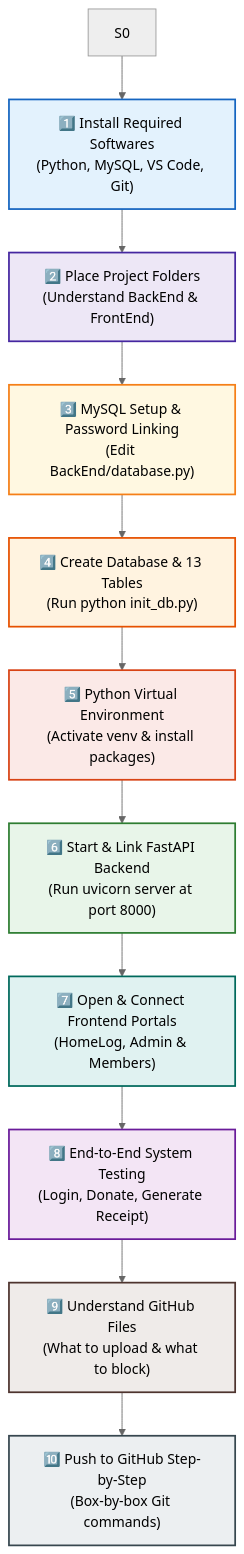
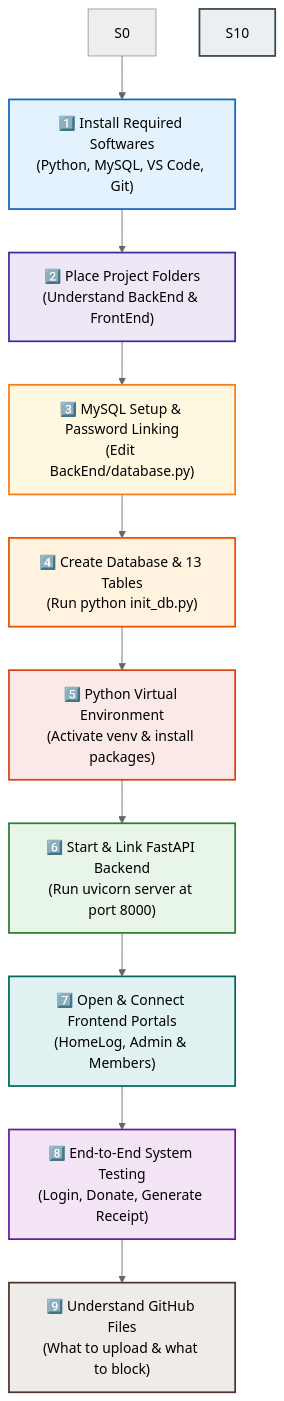
One commit to saikumar0118/BPK_Community_Fund changed the first of 2 diagrams in BEGINNER_GUIDE.md. Above: the diagram before and after it, drawn with Mermaid (neutral theme). The commit also changed other lines of this file, not shown here.

````diff
--- a/BEGINNER_GUIDE.md
+++ b/BEGINNER_GUIDE.md
@@ -11,24 +11,24 @@
 ```mermaid
 flowchart TD
     S0 --> S1["1️⃣ Install Required Softwares\n(Python, MySQL, VS Code, Git)"] 
     S1 --> S2["2️⃣ Place Project Folders\n(Understand BackEnd & FrontEnd)"]
     S2 --> S3["3️⃣ MySQL Setup & Password Linking\n(Edit BackEnd/database.py)"]
     S3 --> S4["4️⃣ Create Database & 13 Tables\n(Run python init_db.py)"]
     S4 --> S5["5️⃣ Python Virtual Environment\n(Activate venv & install packages)"]
     S5 --> S6["6️⃣ Start & Link FastAPI Backend\n(Run uvicorn server at port 8000)"]
     S6 --> S7["7️⃣ Open & Connect Frontend Portals\n(HomeLog, Admin & Members)"]
     S7 --> S8["8️⃣ End-to-End System Testing\n(Login, Donate, Generate Receipt)"]
     S8 --> S9["9️⃣ Understand GitHub Files\n(What to upload & what to block)"]
-    S9 --> S10["🔟 Push to GitHub Step-by-Step\n(Box-by-box Git commands)"]
+    
 
     style S1 fill:#e3f2fd,stroke:#1565c0,stroke-width:2px
     style S2 fill:#ede7f6,stroke:#4527a0,stroke-width:2px
     style S3 fill:#fff8e1,stroke:#f57f17,stroke-width:2px
     style S4 fill:#fff3e0,stroke:#e65100,stroke-width:2px
     style S5 fill:#fbe9e7,stroke:#d84315,stroke-width:2px
     style S6 fill:#e8f5e9,stroke:#2e7d32,stroke-width:2px
     style S7 fill:#e0f2f1,stroke:#00695c,stroke-width:2px
     style S8 fill:#f3e5f5,stroke:#6a1b9a,stroke-width:2px
     style S9 fill:#efebe9,stroke:#4e342e,stroke-width:2px
     style S10 fill:#eceff1,stroke:#37474f,stroke-width:2px
 ```
````
